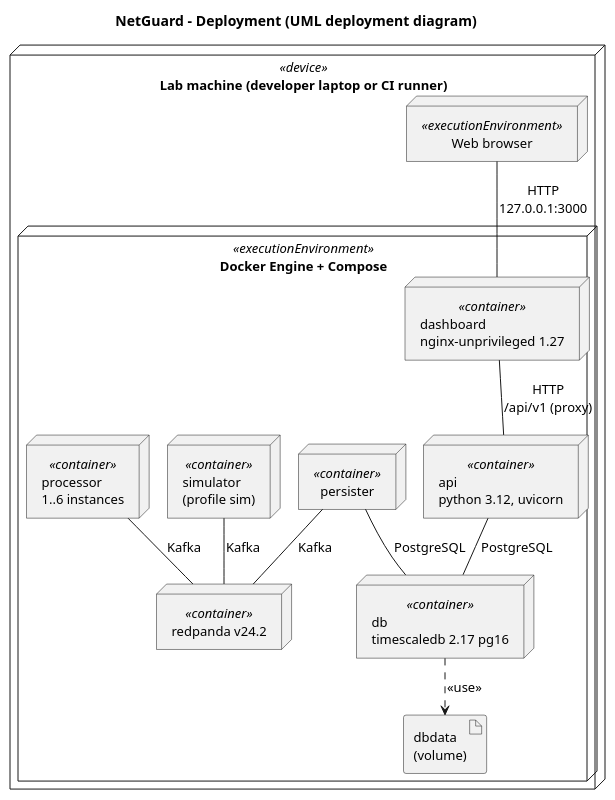
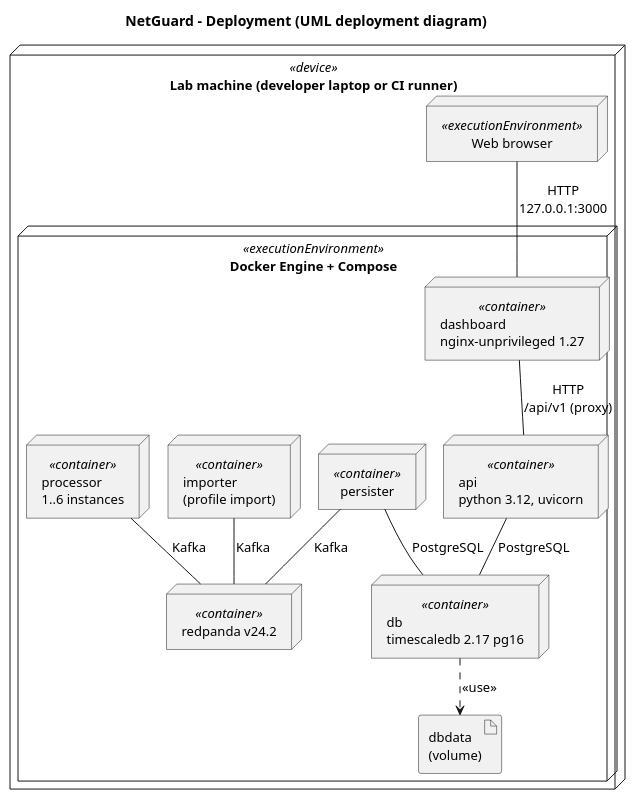
One commit to k1borg32/Netguard changed the diagram in Docs/ArchitectureDocument/deployment/diagrams/deployment.puml. Above: the diagram before and after it, drawn with PlantUML. The commit also changed 19 other files, not shown here.

```diff
--- a/Docs/ArchitectureDocument/deployment/diagrams/deployment.puml
+++ b/Docs/ArchitectureDocument/deployment/diagrams/deployment.puml
@@ -1,35 +1,35 @@
 @startuml deployment
 title NetGuard - Deployment (UML deployment diagram)
 
 !pragma layout smetana
 skinparam shadowing false
 skinparam defaultFontName Arial
 skinparam defaultFontSize 13
 skinparam backgroundColor white
 
 ' Nodes are 3D boxes, communication paths are solid lines labelled with the protocol.
 
 node "Lab machine (developer laptop or CI runner)" <<device>> {
   node "Web browser" <<executionEnvironment>> as Browser
   node "Docker Engine + Compose" <<executionEnvironment>> {
     node "dashboard\nnginx-unprivileged 1.27" <<container>> as Dashboard
     node "api\npython 3.12, uvicorn" <<container>> as Api
-    node "simulator\n(profile sim)" <<container>> as Simulator
+    node "importer\n(profile import)" <<container>> as Importer
     node "processor\n1..6 instances" <<container>> as Processor
     node "persister" <<container>> as Persister
     node "redpanda v24.2" <<container>> as Broker
     node "db\ntimescaledb 2.17 pg16" <<container>> as Db
     artifact "dbdata\n(volume)" as Volume
   }
 }
 
 Browser -- Dashboard : HTTP\n127.0.0.1:3000
 Dashboard -- Api : HTTP\n/api/v1 (proxy)
 Api -- Db : PostgreSQL
-Simulator -- Broker : Kafka
+Importer -- Broker : Kafka
 Processor -- Broker : Kafka
 Persister -- Broker : Kafka
 Persister -- Db : PostgreSQL
 Db ..> Volume : <<use>>
 
 @enduml
```
